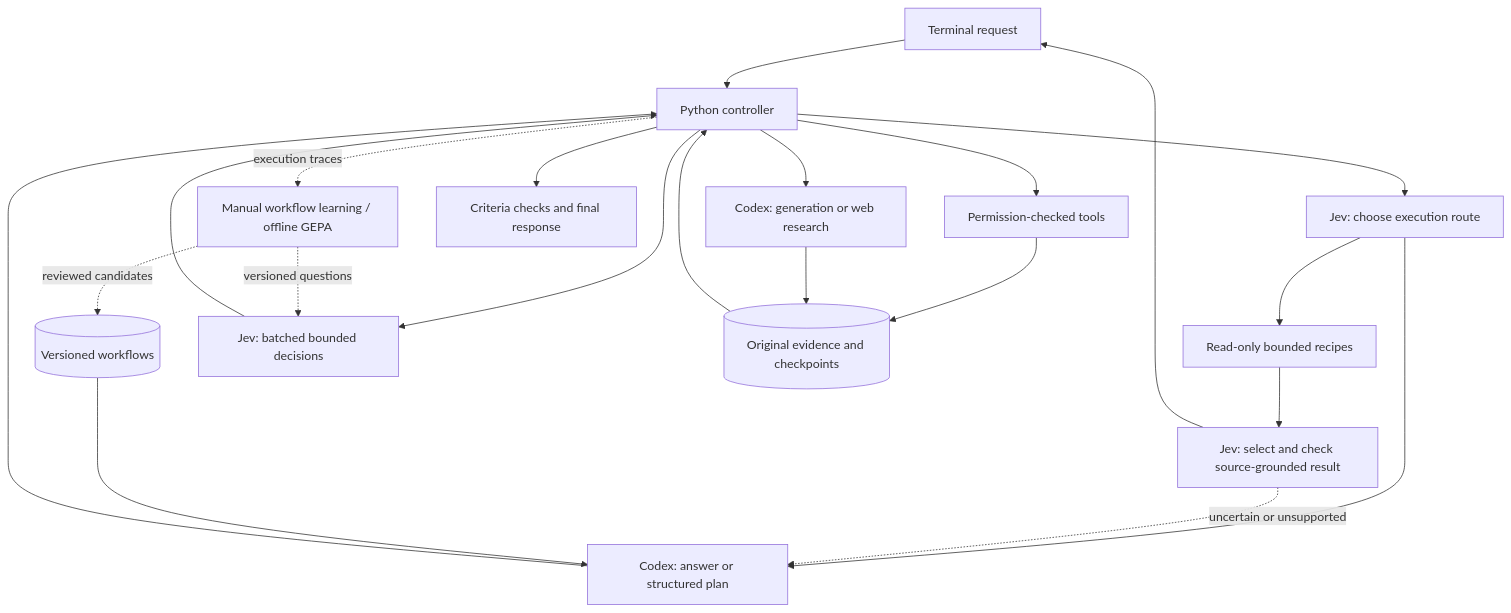
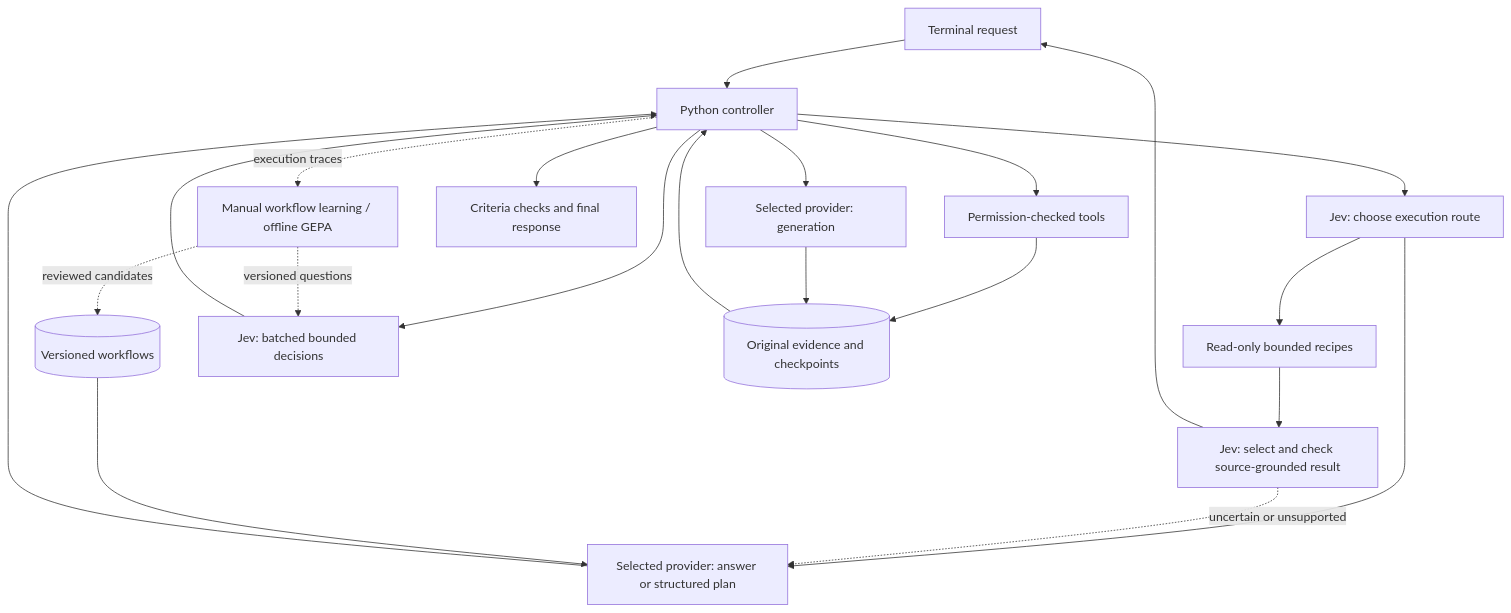
One commit to itsflownium/Kestrel-Agent changed the diagram in README.md. Above: the diagram before and after it, drawn with Mermaid. The commit also changed other lines of this file and 11 other files, not shown here.

````diff
--- a/README.md
+++ b/README.md
@@ -52,23 +73,23 @@
 ```mermaid
 flowchart TD
     U[Terminal request] --> C[Python controller]
     C --> R[Jev: choose execution route]
     R --> F[Read-only bounded recipes]
     F --> V[Jev: select and check source-grounded result]
     V --> U
-    R --> P[Codex: answer or structured plan]
+    R --> P[Selected provider: answer or structured plan]
     V -. uncertain or unsupported .-> P
     W[(Versioned workflows)] --> P
     P --> C
     C --> J[Jev: batched bounded decisions]
     J --> C
     C --> T[Permission-checked tools]
     T --> E[(Original evidence and checkpoints)]
     E --> C
-    C --> G[Codex: generation or web research]
+    C --> G[Selected provider: generation]
     G --> E
     C --> A[Criteria checks and final response]
     C -. execution traces .-> L[Manual workflow learning / offline GEPA]
     L -. reviewed candidates .-> W
     L -. versioned questions .-> J
 ```
````
